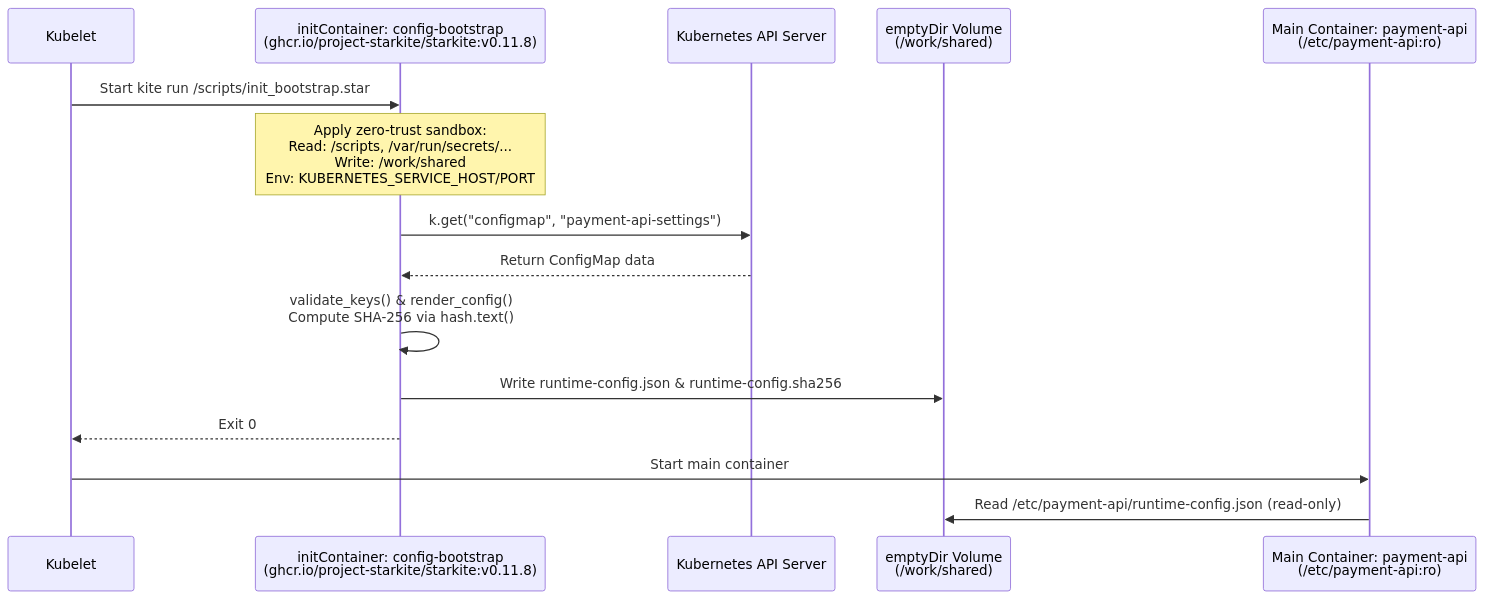
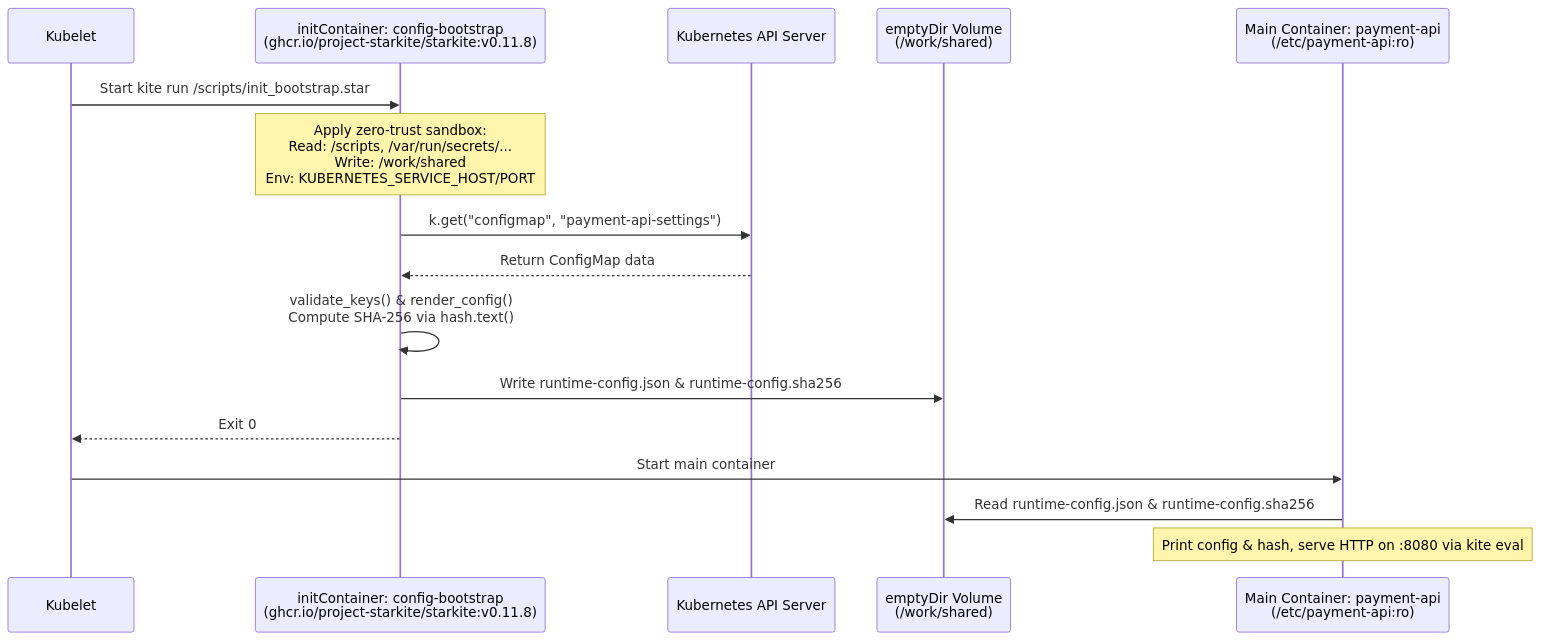
Before and after one commit to project-starkite/starkite-tutorials: the diagram in k8s/init-cluster/README.md, drawn with Mermaid. The commit also changed other lines of this file and 3 other files, not shown here.

Commit message:
feat(k8s): run inline starkite web service in payment-api app container

````diff
--- a/k8s/init-cluster/README.md
+++ b/k8s/init-cluster/README.md
@@ -79,18 +79,19 @@
 ```mermaid
 sequenceDiagram
     participant Kubelet as Kubelet
     participant Init as initContainer: config-bootstrap<br/>(ghcr.io/project-starkite/starkite:v0.11.8)
     participant API as Kubernetes API Server
     participant Vol as emptyDir Volume<br/>(/work/shared)
     participant App as Main Container: payment-api<br/>(/etc/payment-api:ro)
 
     Kubelet->>Init: Start kite run /scripts/init_bootstrap.star
     Note over Init: Apply zero-trust sandbox:<br/>Read: /scripts, /var/run/secrets/...<br/>Write: /work/shared<br/>Env: KUBERNETES_SERVICE_HOST/PORT
     Init->>API: k.get("configmap", "payment-api-settings")
     API-->>Init: Return ConfigMap data
     Init->>Init: validate_keys() & render_config()<br/>Compute SHA-256 via hash.text()
     Init->>Vol: Write runtime-config.json & runtime-config.sha256
     Init-->>Kubelet: Exit 0
     Kubelet->>App: Start main container
-    App->>Vol: Read /etc/payment-api/runtime-config.json (read-only)
+    App->>Vol: Read runtime-config.json & runtime-config.sha256
+    Note over App: Print config & hash, serve HTTP on :8080 via kite eval
 ```
````
